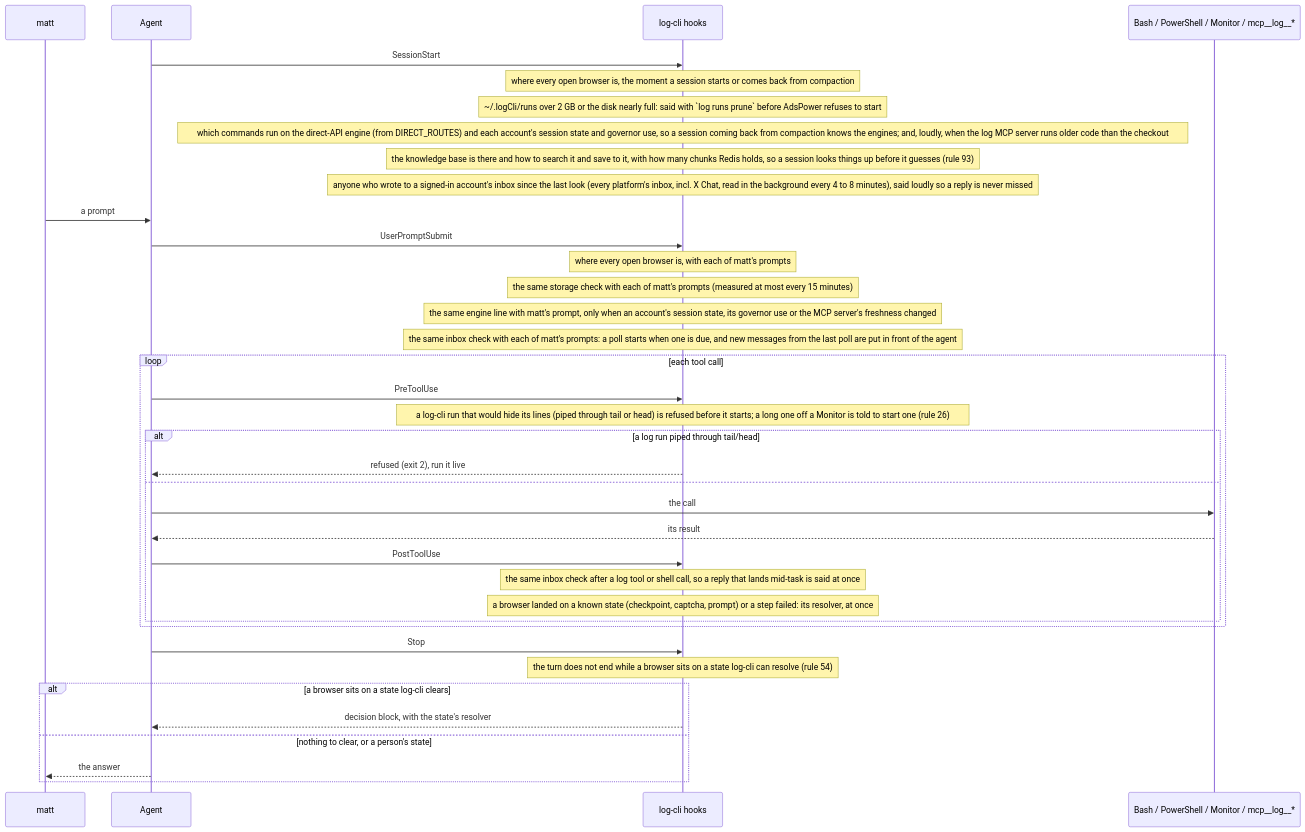
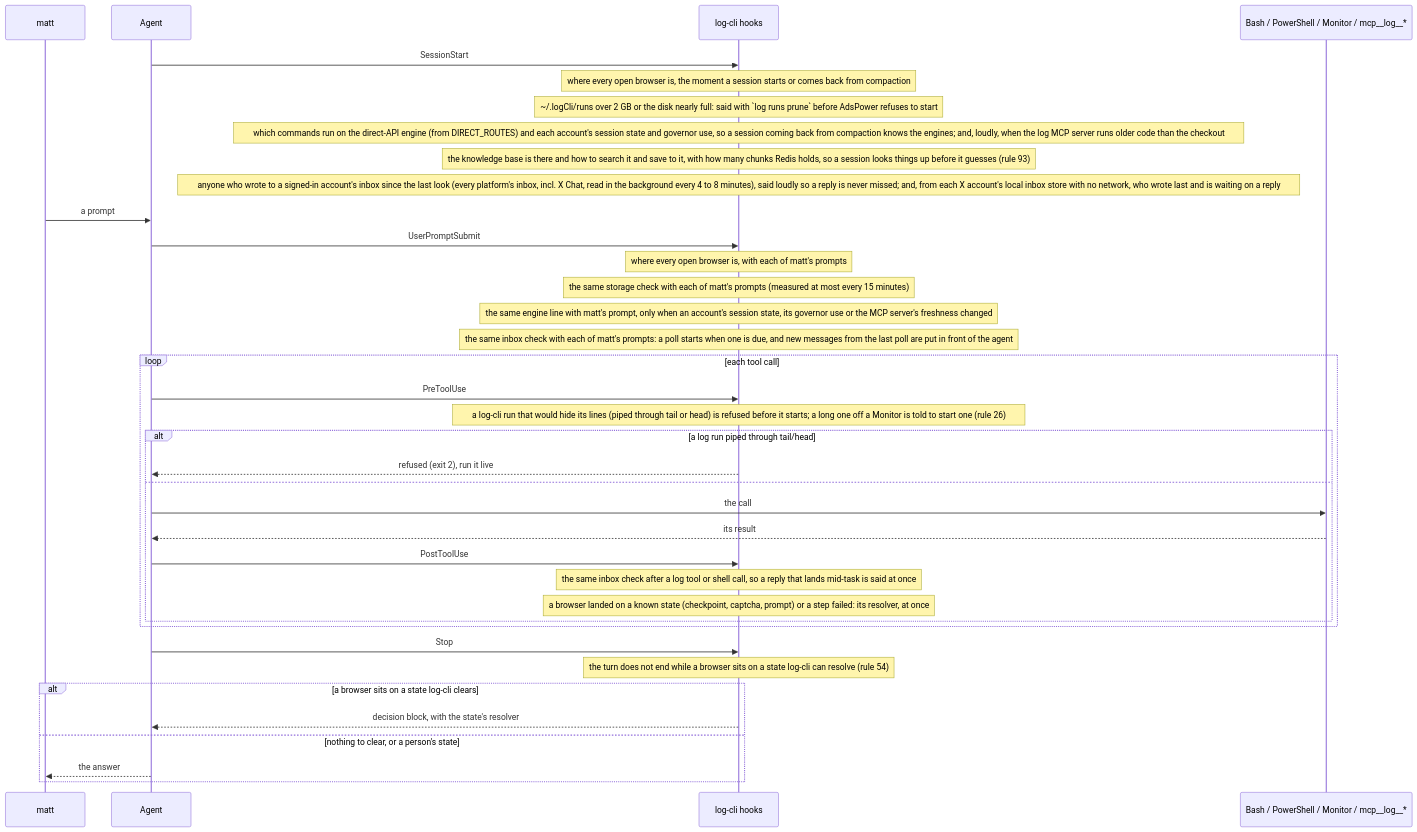
The diagram in docs/diagrams/hooks.mmd (matthewdonsemail-lab/log), drawn with Mermaid before and after one commit. The commit also changed 17 other files, not shown here.

Commit message:
Cut log twitter dms start-up; the session hook says who is waiting from the local store

```diff
--- a/docs/diagrams/hooks.mmd
+++ b/docs/diagrams/hooks.mmd
@@ -1,39 +1,39 @@
 %% The hooks in one turn. Written from `AGENT_HOOKS` (`src/agentHooks/registry`); the same list gives Claude Code's `.claude/settings.json` and Codex's `.codex/hooks.json`.
 %% Written by `bun run docs:build` from the code (rule 56). Not edited by hand.
 sequenceDiagram
   participant matt
   participant Agent
   participant Hook as log-cli hooks
   participant Tool as Bash / PowerShell / Monitor / mcp__log__*
   Agent->>Hook: SessionStart
   Note over Hook: where every open browser is, the moment a session starts or comes back from compaction
   Note over Hook: ~/.logCli/runs over 2 GB or the disk nearly full: said with `log runs prune` before AdsPower refuses to start
   Note over Hook: which commands run on the direct-API engine (from DIRECT_ROUTES) and each account's session state and governor use, so a session coming back from compaction knows the engines#59; and, loudly, when the log MCP server runs older code than the checkout
   Note over Hook: the knowledge base is there and how to search it and save to it, with how many chunks Redis holds, so a session looks things up before it guesses (rule 93)
-  Note over Hook: anyone who wrote to a signed-in account's inbox since the last look (every platform's inbox, incl. X Chat, read in the background every 4 to 8 minutes), said loudly so a reply is never missed
+  Note over Hook: anyone who wrote to a signed-in account's inbox since the last look (every platform's inbox, incl. X Chat, read in the background every 4 to 8 minutes), said loudly so a reply is never missed#59; and, from each X account's local inbox store with no network, who wrote last and is waiting on a reply
   matt->>Agent: a prompt
   Agent->>Hook: UserPromptSubmit
   Note over Hook: where every open browser is, with each of matt's prompts
   Note over Hook: the same storage check with each of matt's prompts (measured at most every 15 minutes)
   Note over Hook: the same engine line with matt's prompt, only when an account's session state, its governor use or the MCP server's freshness changed
   Note over Hook: the same inbox check with each of matt's prompts: a poll starts when one is due, and new messages from the last poll are put in front of the agent
   loop each tool call
     Agent->>Hook: PreToolUse
     Note over Hook: a log-cli run that would hide its lines (piped through tail or head) is refused before it starts#59; a long one off a Monitor is told to start one (rule 26)
     alt a log run piped through tail/head
       Hook-->>Agent: refused (exit 2), run it live
     else
       Agent->>Tool: the call
       Tool-->>Agent: its result
       Agent->>Hook: PostToolUse
     Note over Hook: the same inbox check after a log tool or shell call, so a reply that lands mid-task is said at once
     Note over Hook: a browser landed on a known state (checkpoint, captcha, prompt) or a step failed: its resolver, at once
     end
   end
   Agent->>Hook: Stop
   Note over Hook: the turn does not end while a browser sits on a state log-cli can resolve (rule 54)
   alt a browser sits on a state log-cli clears
     Hook-->>Agent: decision block, with the state's resolver
   else nothing to clear, or a person's state
     Agent-->>matt: the answer
   end
```
